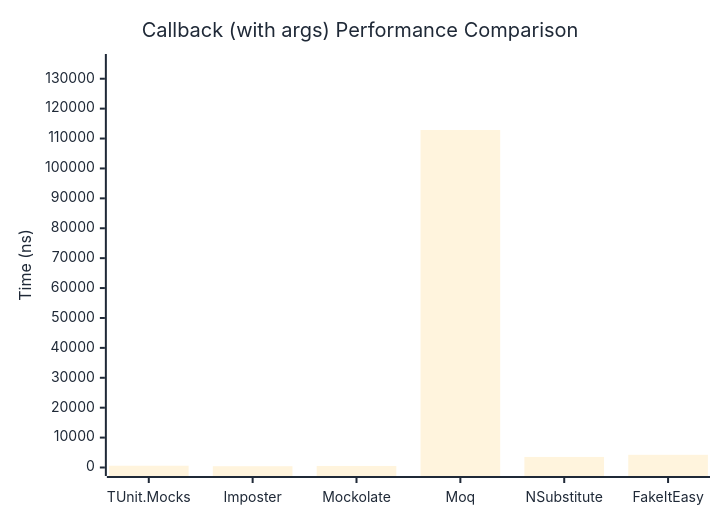
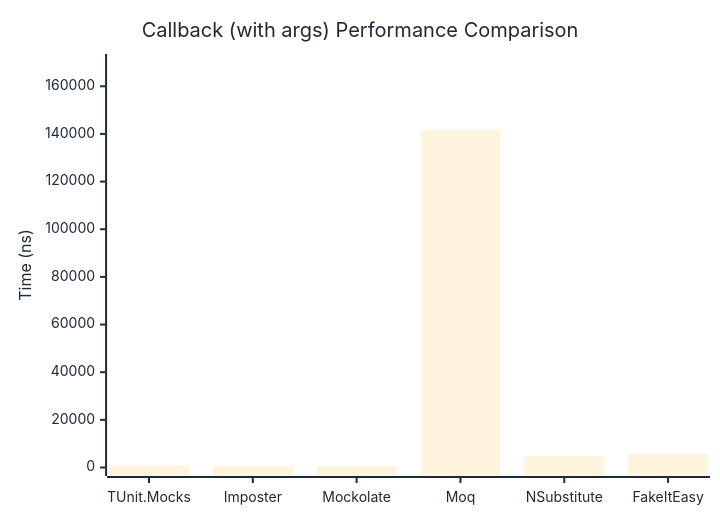
Before and after one commit to thomhurst/TUnit: the second of 2 diagrams in docs/docs/benchmarks/mocks/Callback.md, drawn with Mermaid. The commit also changed other lines of this file and 14 other files, not shown here.

````diff
--- a/docs/docs/benchmarks/mocks/Callback.md
+++ b/docs/docs/benchmarks/mocks/Callback.md
@@ -69,27 +69,27 @@
 ```mermaid
 %%{init: {
   'theme':'base',
   'themeVariables': {
     'primaryColor': '#2563eb',
     'primaryTextColor': '#1f2937',
     'primaryBorderColor': '#1e40af',
     'lineColor': '#6b7280',
     'secondaryColor': '#7c3aed',
     'tertiaryColor': '#dc2626',
     'background': '#ffffff',
     'pie1': '#2563eb',
     'pie2': '#7c3aed',
     'pie3': '#dc2626',
     'pie4': '#f59e0b',
     'pie5': '#10b981',
     'pie6': '#06b6d4',
     'pie7': '#ec4899',
     'pie8': '#6366f1'
   }
 }}%%
 xychart-beta
   title "Callback (with args) Performance Comparison"
   x-axis ["TUnit.Mocks", "Imposter", "Mockolate", "Moq", "NSubstitute", "FakeItEasy"]
-  y-axis "Time (ns)" 0 --> 135424
-  bar [595.7, 432.9, 511, 112853.2, 3532.8, 4244.4]
+  y-axis "Time (ns)" 0 --> 169977
+  bar [893.6, 560.4, 696.2, 141647.1, 4707.1, 5628.5]
 ```
````
